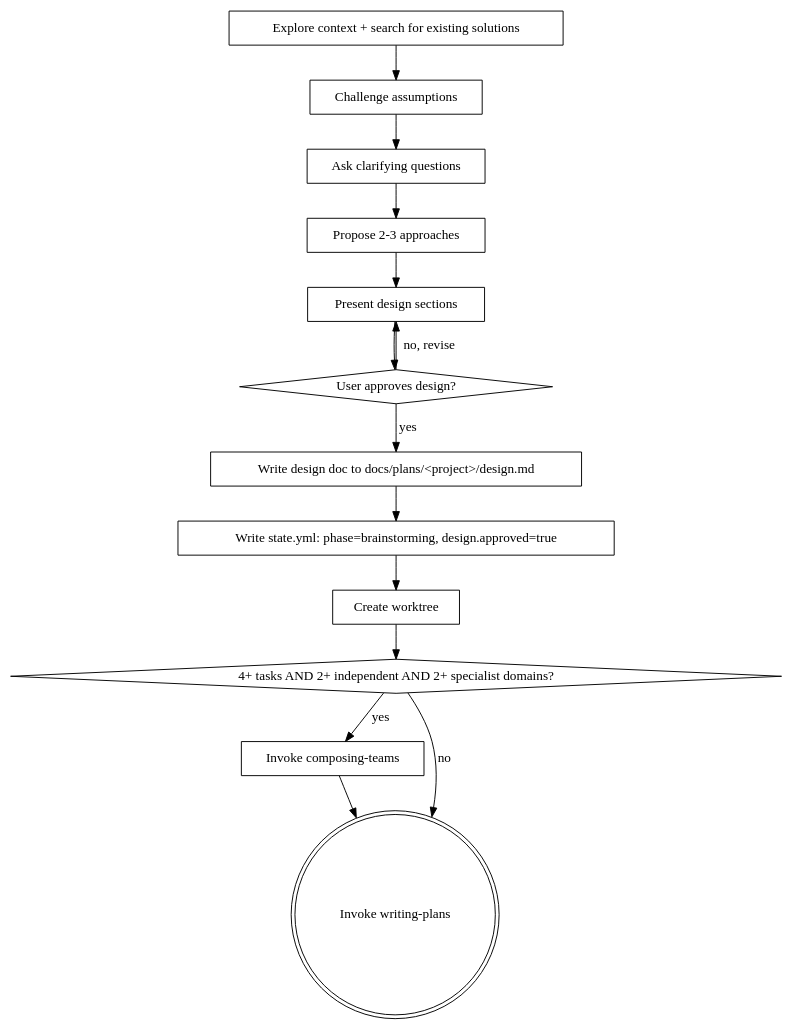
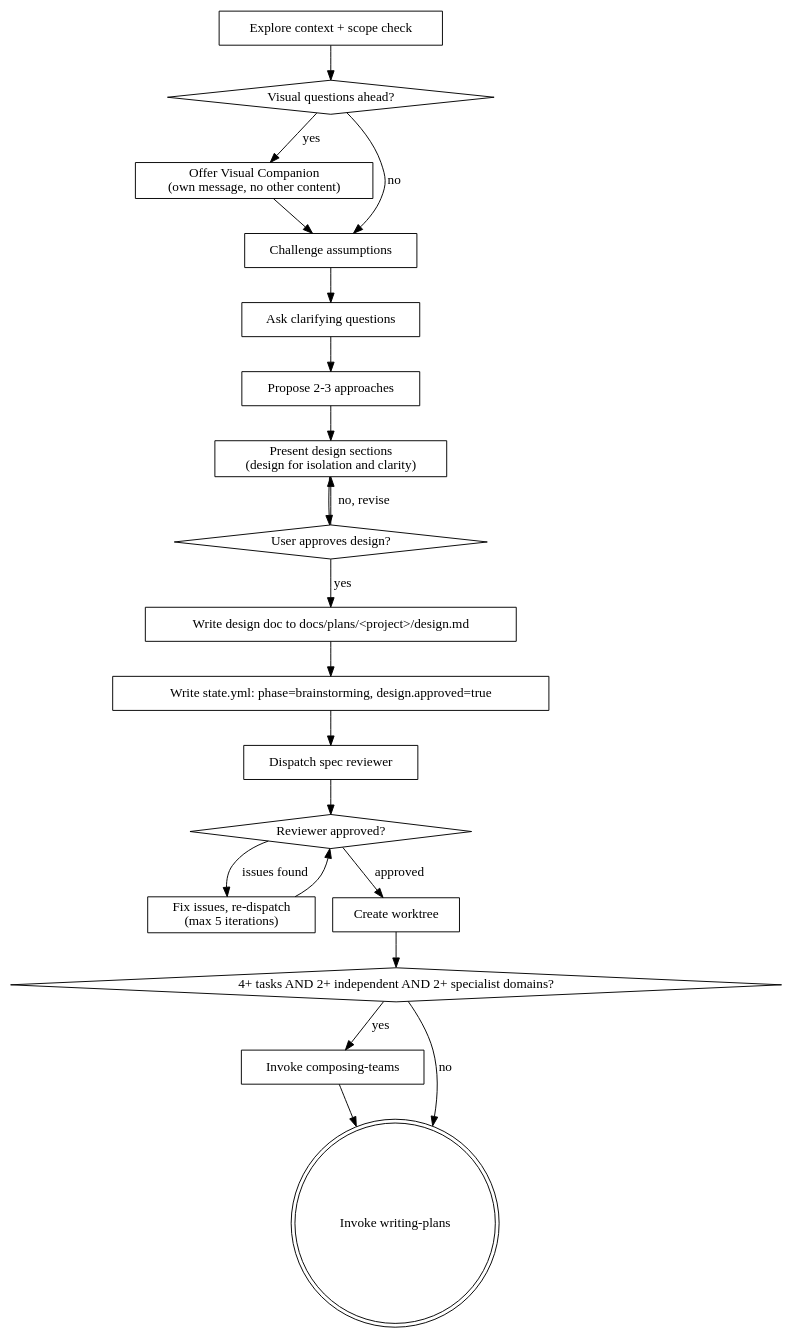
The diagram in skills/brainstorming/SKILL.md (rahulsc/superpowers), drawn with Graphviz before and after one commit. The commit also changed other lines of this file and 1 other file, not shown here.

Commit message:
feat(brainstorming): integrate visual companion, scope check, spec review loop from upstream

````diff
--- a/skills/brainstorming/SKILL.md
+++ b/skills/brainstorming/SKILL.md
@@ -44,30 +45,42 @@
 ```dot
 digraph brainstorming {
-    "Explore context + search for existing solutions" [shape=box];
+    "Explore context + scope check" [shape=box];
+    "Visual questions ahead?" [shape=diamond];
+    "Offer Visual Companion\n(own message, no other content)" [shape=box];
     "Challenge assumptions" [shape=box];
     "Ask clarifying questions" [shape=box];
     "Propose 2-3 approaches" [shape=box];
-    "Present design sections" [shape=box];
+    "Present design sections\n(design for isolation and clarity)" [shape=box];
     "User approves design?" [shape=diamond];
     "Write design doc to docs/plans/<project>/design.md" [shape=box];
     "Write state.yml: phase=brainstorming, design.approved=true" [shape=box];
+    "Dispatch spec reviewer" [shape=box];
+    "Reviewer approved?" [shape=diamond];
+    "Fix issues, re-dispatch\n(max 5 iterations)" [shape=box];
     "Create worktree" [shape=box];
     "4+ tasks AND 2+ independent AND 2+ specialist domains?" [shape=diamond];
     "Invoke composing-teams" [shape=box];
     "Invoke writing-plans" [shape=doublecircle];
 
-    "Explore context + search for existing solutions" -> "Challenge assumptions";
+    "Explore context + scope check" -> "Visual questions ahead?";
+    "Visual questions ahead?" -> "Offer Visual Companion\n(own message, no other content)" [label="yes"];
+    "Visual questions ahead?" -> "Challenge assumptions" [label="no"];
+    "Offer Visual Companion\n(own message, no other content)" -> "Challenge assumptions";
     "Challenge assumptions" -> "Ask clarifying questions";
     "Ask clarifying questions" -> "Propose 2-3 approaches";
-    "Propose 2-3 approaches" -> "Present design sections";
-    "Present design sections" -> "User approves design?";
-    "User approves design?" -> "Present design sections" [label="no, revise"];
+    "Propose 2-3 approaches" -> "Present design sections\n(design for isolation and clarity)";
+    "Present design sections\n(design for isolation and clarity)" -> "User approves design?";
+    "User approves design?" -> "Present design sections\n(design for isolation and clarity)" [label="no, revise"];
     "User approves design?" -> "Write design doc to docs/plans/<project>/design.md" [label="yes"];
     "Write design doc to docs/plans/<project>/design.md" -> "Write state.yml: phase=brainstorming, design.approved=true";
-    "Write state.yml: phase=brainstorming, design.approved=true" -> "Create worktree";
+    "Write state.yml: phase=brainstorming, design.approved=true" -> "Dispatch spec reviewer";
+    "Dispatch spec reviewer" -> "Reviewer approved?";
+    "Reviewer approved?" -> "Fix issues, re-dispatch\n(max 5 iterations)" [label="issues found"];
+    "Reviewer approved?" -> "Create worktree" [label="approved"];
+    "Fix issues, re-dispatch\n(max 5 iterations)" -> "Reviewer approved?";
     "Create worktree" -> "4+ tasks AND 2+ independent AND 2+ specialist domains?";
     "4+ tasks AND 2+ independent AND 2+ specialist domains?" -> "Invoke composing-teams" [label="yes"];
     "4+ tasks AND 2+ independent AND 2+ specialist domains?" -> "Invoke writing-plans" [label="no"];
     "Invoke composing-teams" -> "Invoke writing-plans";
 }
 ```
````
